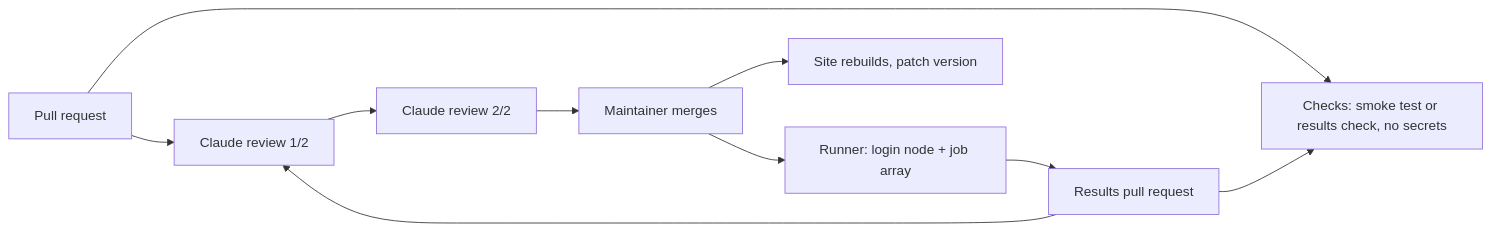
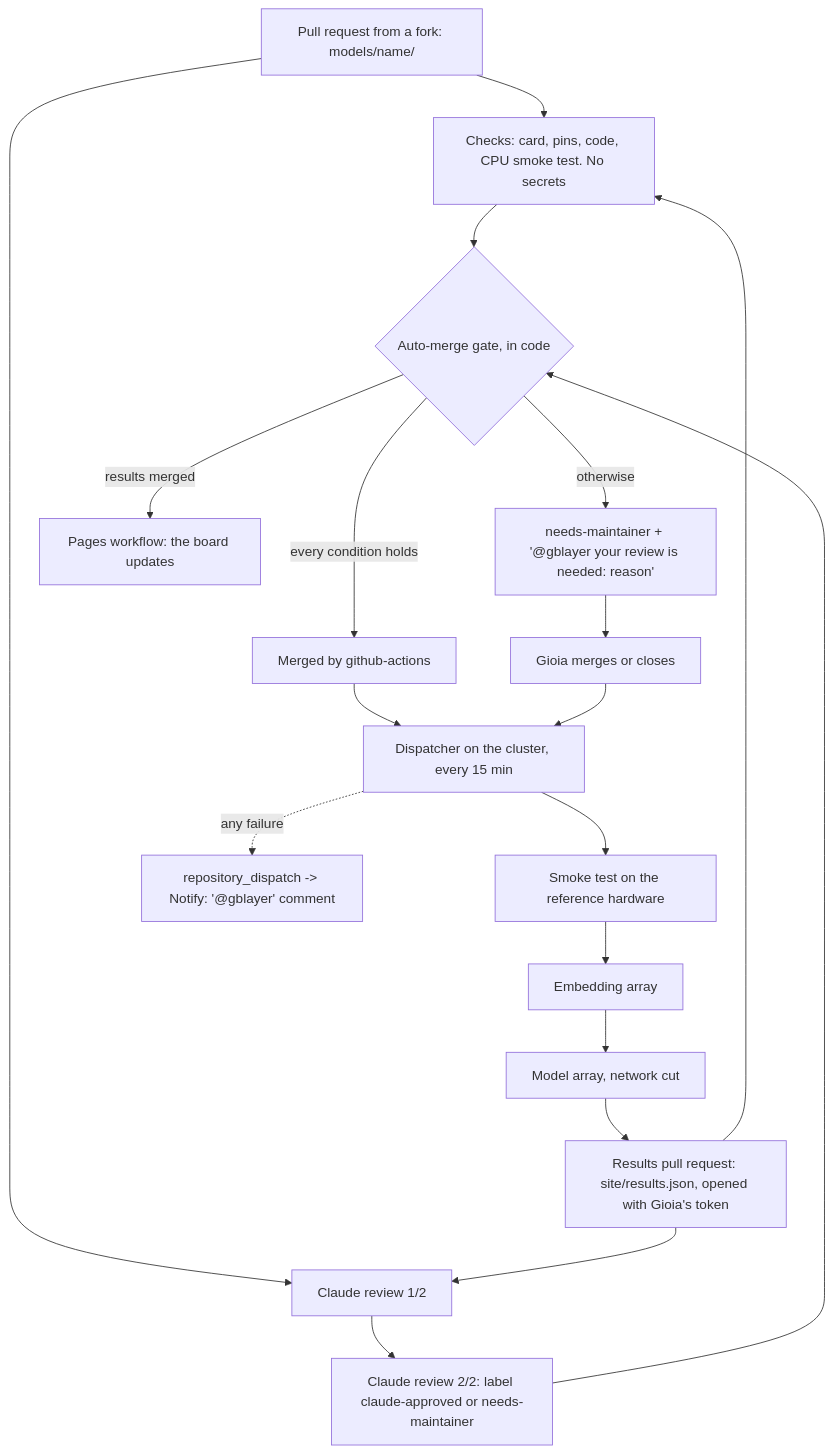
The diagram in docs/automation.md (gblayer/strable-leaderboard), drawn with Mermaid before and after one commit. The commit also changed other lines of this file and 2 other files, not shown here.

First line of the commit message:
docs: the automated flow, failure-only notifications, sandboxing; fork flow and shared env

````diff
--- a/docs/automation.md
+++ b/docs/automation.md
@@ -3,12 +3,19 @@
 ```mermaid
-flowchart LR
-  A[Pull request] --> B[Checks: smoke test or results check, no secrets]
+flowchart TD
+  A[Pull request from a fork: models/name/] --> B[Checks: card, pins, code, CPU smoke test. No secrets]
   A --> C[Claude review 1/2]
-  C --> D[Claude review 2/2]
-  D --> E[Maintainer merges]
-  E --> F[Runner: login node + job array]
-  F --> G[Results pull request]
-  G --> B
-  G --> C
-  E --> H[Site rebuilds, patch version]
+  C --> D[Claude review 2/2: label claude-approved or needs-maintainer]
+  B --> G{Auto-merge gate, in code}
+  D --> G
+  G -- every condition holds --> M[Merged by github-actions]
+  G -- otherwise --> N["needs-maintainer + '@gblayer your review is needed: reason'"]
+  N --> H[Gioia merges or closes]
+  M --> R[Dispatcher on the cluster, every 15 min]
+  H --> R
+  R --> S[Smoke test on the reference hardware] --> E[Embedding array] --> J[Model array, network cut]
+  J --> P[Results pull request: site/results.json, opened with Gioia's token]
+  P --> B
+  P --> C
+  G -- results merged --> W[Pages workflow: the board updates]
+  R -. any failure .-> F[repository_dispatch -> Notify: '@gblayer' comment]
 ```
````
